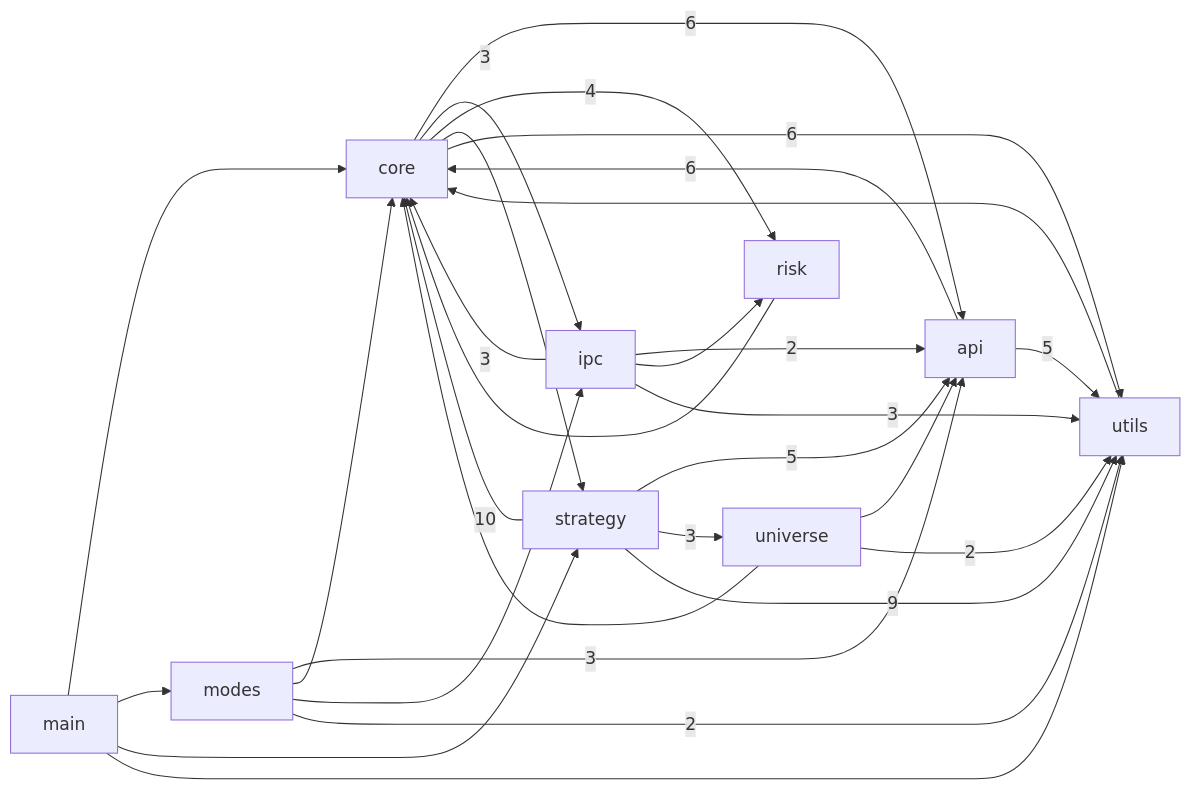
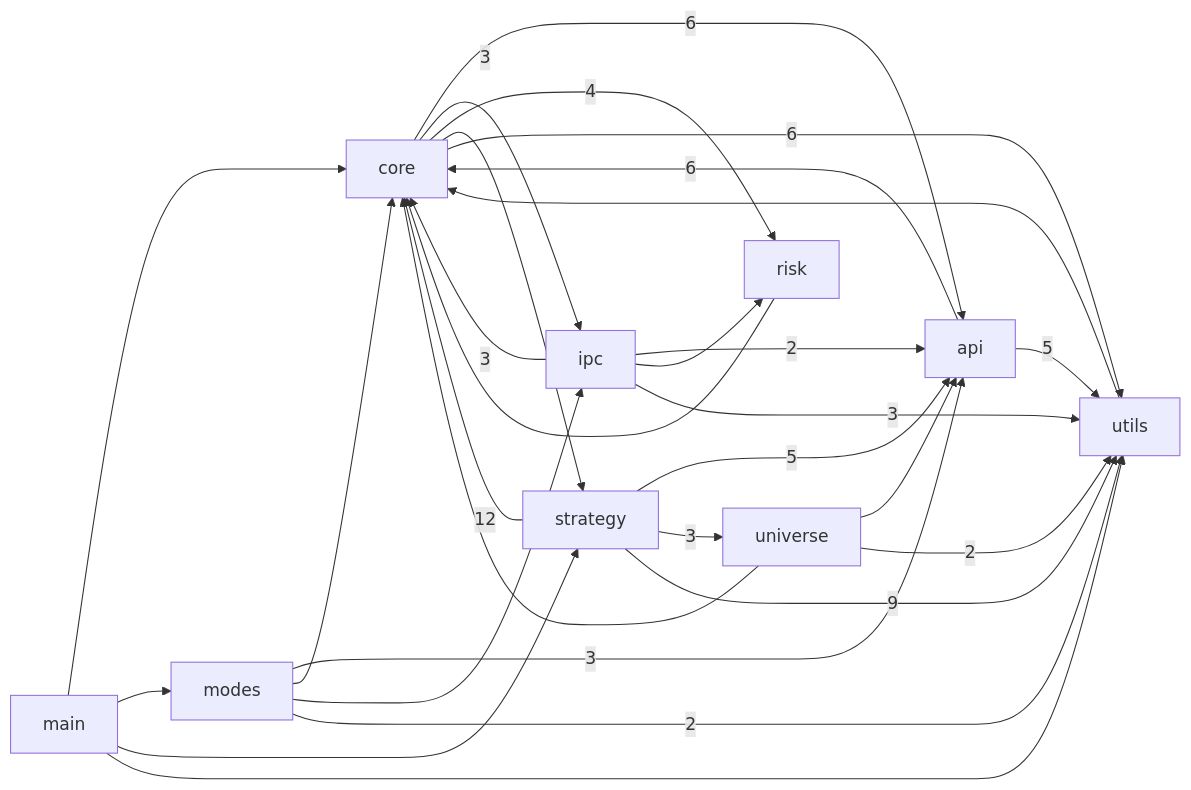
Before and after one commit to pypy8171/Quant: the first of 3 diagrams in docs/CODE_GRAPH.md, drawn with Mermaid. The commit also changed other lines of this file and 7 other files, not shown here.

````diff
--- a/docs/CODE_GRAPH.md
+++ b/docs/CODE_GRAPH.md
@@ -10,40 +10,40 @@
 ```mermaid
 graph LR
   main[main]
   modes[modes]
   core[core]
   strategy[strategy]
   api[api]
   universe[universe]
   risk[risk]
   ipc[ipc]
   utils[utils]
   api -->|6| core
   api -->|5| utils
   core -->|6| api
   core -->|3| ipc
   core -->|4| risk
   core --> strategy
   core -->|6| utils
   ipc -->|2| api
   ipc -->|3| core
   ipc --> risk
   ipc -->|3| utils
   main --> core
   main --> modes
   main --> strategy
   main --> utils
   modes -->|3| api
   modes --> core
   modes --> ipc
   modes -->|2| utils
   risk --> core
   strategy -->|5| api
-  strategy -->|10| core
+  strategy -->|12| core
   strategy -->|3| universe
   strategy -->|9| utils
   universe --> api
   universe --> core
   universe -->|2| utils
   utils --> core
 ```
````
